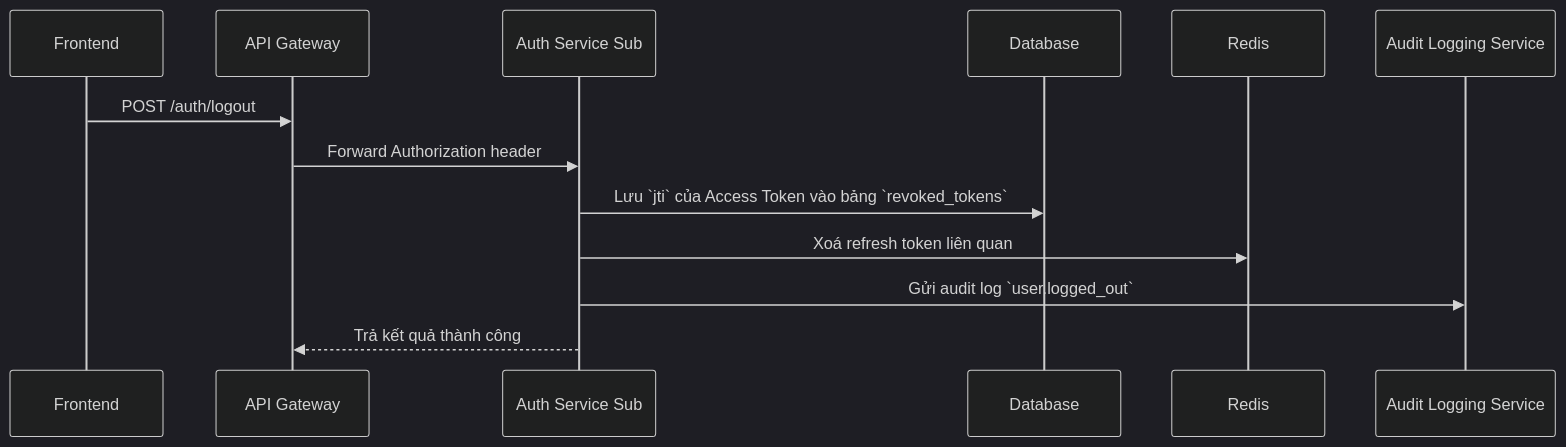
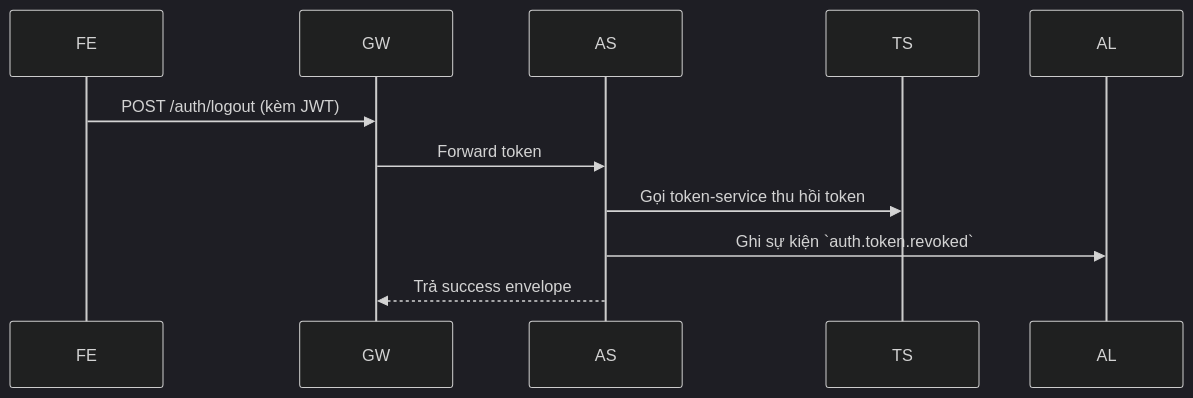
The third of 6 diagrams in docs/services/auth-service/sub/design.md (ezdesign-vn/dx-vas), drawn with Mermaid (dark theme) before and after one commit. The commit also changed other lines of this file and 4 other files, not shown here.

Commit message:
fulfill adjusting auth service sub

````diff
--- a/docs/services/auth-service/sub/design.md
+++ b/docs/services/auth-service/sub/design.md
@@ -277,16 +318,14 @@
 ```mermaid
 sequenceDiagram
-  participant FE as Frontend
-  participant GW as API Gateway
-  participant AS as Auth Service Sub
-  participant DB as Database
-  participant Redis as Redis
-  participant Audit as Audit Logging Service
+    participant FE
+    participant GW
+    participant AS
+    participant TS
+    participant AL
 
-  FE->>GW: POST /auth/logout
-  GW->>AS: Forward Authorization header
-  AS->>DB: Lưu `jti` của Access Token vào bảng `revoked_tokens`
-  AS->>Redis: Xoá refresh token liên quan
-  AS->>Audit: Gửi audit log `user.logged_out`
-  AS-->>GW: Trả kết quả thành công
+    FE->>GW: POST /auth/logout (kèm JWT)
+    GW->>AS: Forward token
+    AS->>TS: Gọi token-service thu hồi token
+    AS->>AL: Ghi sự kiện `auth.token.revoked`
+    AS-->>GW: Trả success envelope
 ```
````
